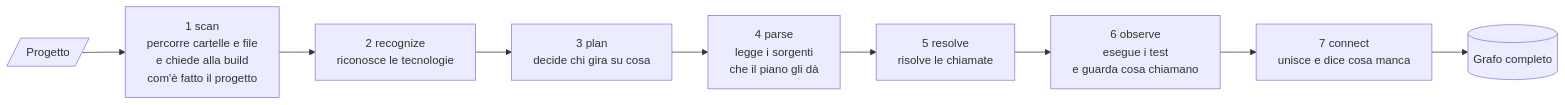
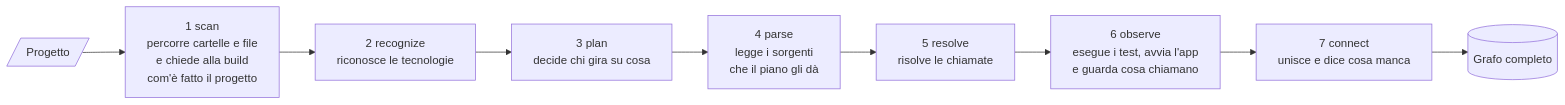
One commit to acaprino/daodan changed the first of 4 diagrams in docs/plugins/codebase-map.md. Above: the diagram before and after it, drawn with Mermaid. The commit also changed other lines of this file and 2 other files, not shown here.

First line of the commit message:
docs(pipeline): observe avvia ed esplora anche l'app che il progetto dichiara

````diff
--- a/docs/plugins/codebase-map.md
+++ b/docs/plugins/codebase-map.md
@@ -83,11 +83,11 @@
 ```mermaid
 flowchart LR
   P[/Progetto/] --> scan
   scan["1 scan<br>percorre cartelle e file<br>e chiede alla build<br>com'è fatto il progetto"] --> recognize
   recognize["2 recognize<br>riconosce le tecnologie"] --> plan
   plan["3 plan<br>decide chi gira su cosa"] --> parse
   parse["4 parse<br>legge i sorgenti<br>che il piano gli dà"] --> resolve
   resolve["5 resolve<br>risolve le chiamate"] --> observe
-  observe["6 observe<br>esegue i test<br>e guarda cosa chiamano"] --> connect
+  observe["6 observe<br>esegue i test, avvia l'app<br>e guarda cosa chiamano"] --> connect
   connect["7 connect<br>unisce e dice cosa manca"] --> G[(Grafo completo)]
 ```
````
